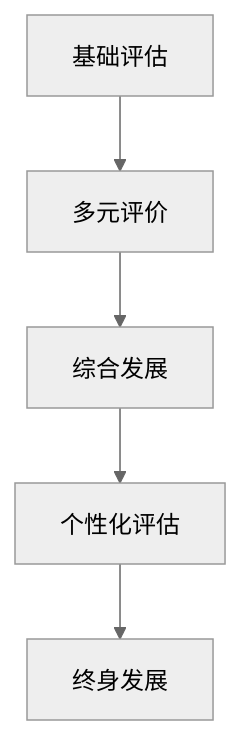
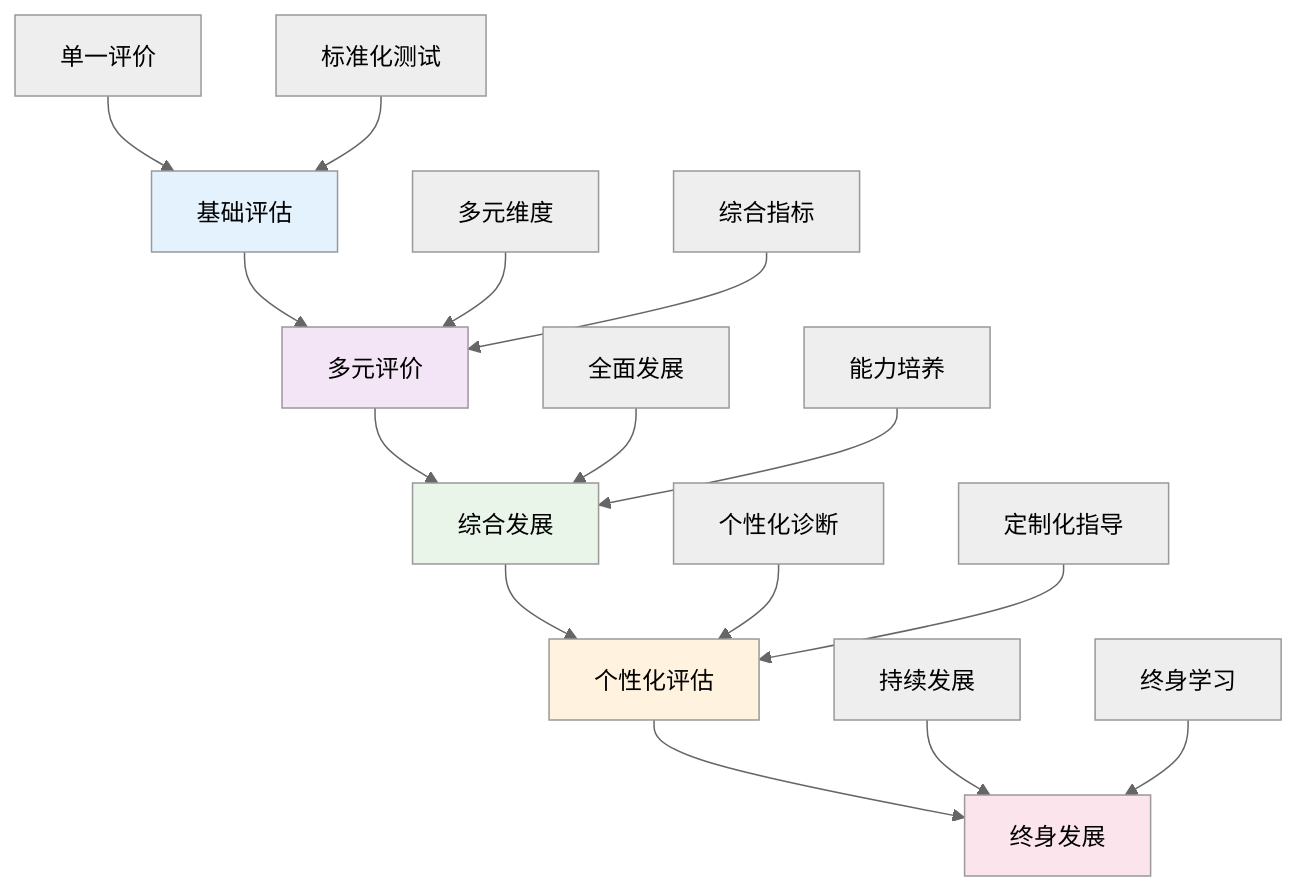
The second of 7 diagrams in 04-评估与发展/01-综合素质评估框架.md (AdaMartin18010/SeniorEnducation), drawn with Mermaid (neutral theme) before and after one commit. The commit also changed other lines of this file and 16 other files, not shown here.

````diff
--- a/04-评估与发展/01-综合素质评估框架.md
+++ b/04-评估与发展/01-综合素质评估框架.md
@@ -91,7 +166,24 @@
 ```mermaid
 graph TD
     A[基础评估] --> B[多元评价]
     B --> C[综合发展]
     C --> D[个性化评估]
     D --> E[终身发展]
+    
+    A1[单一评价] --> A
+    A2[标准化测试] --> A
+    B1[多元维度] --> B
+    B2[综合指标] --> B
+    C1[全面发展] --> C
+    C2[能力培养] --> C
+    D1[个性化诊断] --> D
+    D2[定制化指导] --> D
+    E1[持续发展] --> E
+    E2[终身学习] --> E
+    
+    style A fill:#e3f2fd
+    style B fill:#f3e5f5
+    style C fill:#e8f5e8
+    style D fill:#fff3e0
+    style E fill:#fce4ec
 ```
````
